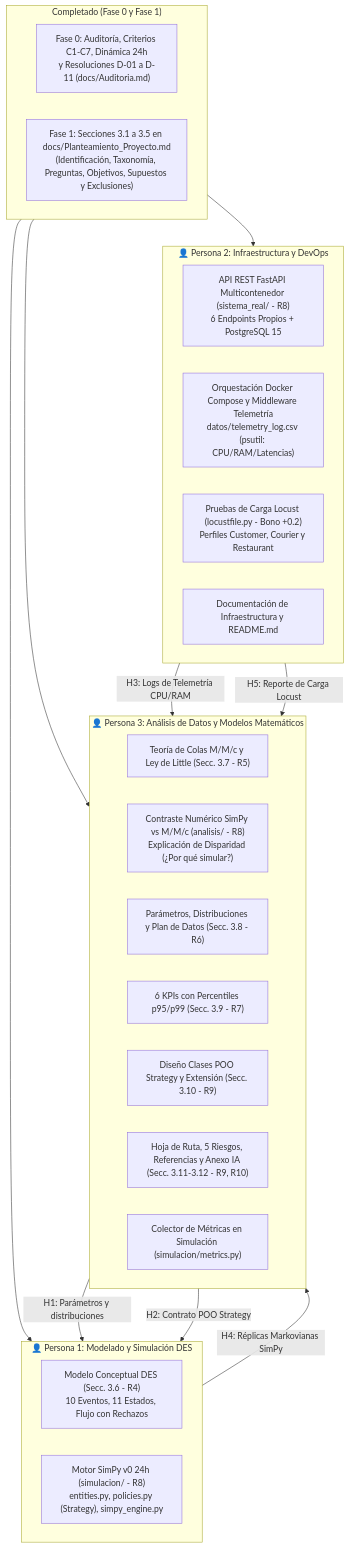
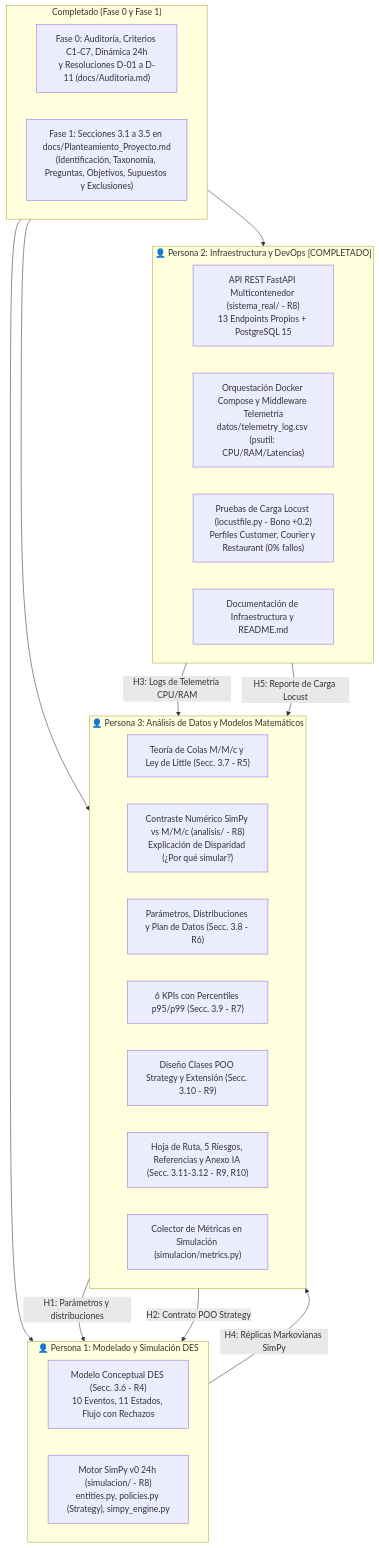
One commit to Juancho432/quickdelivery-sim changed the diagram in docs/Asignaciones_Equipo_E1.md. Above: the diagram before and after it, drawn with Mermaid. The commit also changed other lines of this file and 8 other files, not shown here.

````diff
--- a/docs/Asignaciones_Equipo_E1.md
+++ b/docs/Asignaciones_Equipo_E1.md
@@ -16,39 +16,39 @@
 ```mermaid
 flowchart TD
     subgraph COMPLETADO["Completado (Fase 0 y Fase 1)"]
         F0["Fase 0: Auditoría, Criterios C1-C7, Dinámica 24h\ny Resoluciones D-01 a D-11 (docs/Auditoria.md)"]
         F1["Fase 1: Secciones 3.1 a 3.5 en docs/Planteamiento_Proyecto.md\n(Identificación, Taxonomía, Preguntas, Objetivos, Supuestos y Exclusiones)"]
     end
 
     subgraph P1["👤 Persona 1: Modelado y Simulación DES"]
         M1["Modelo Conceptual DES (Secc. 3.6 - R4)\n10 Eventos, 11 Estados, Flujo con Rechazos"]
         M2["Motor SimPy v0 24h (simulacion/ - R8)\nentities.py, policies.py (Strategy), simpy_engine.py"]
     end
 
-    subgraph P2["👤 Persona 2: Infraestructura y DevOps"]
-        I1["API REST FastAPI Multicontenedor (sistema_real/ - R8)\n6 Endpoints Propios + PostgreSQL 15"]
+    subgraph P2["👤 Persona 2: Infraestructura y DevOps [COMPLETADO]"]
+        I1["API REST FastAPI Multicontenedor (sistema_real/ - R8)\n13 Endpoints Propios + PostgreSQL 15"]
         I2["Orquestación Docker Compose y Middleware Telemetría\ndatos/telemetry_log.csv (psutil: CPU/RAM/Latencias)"]
-        I3["Pruebas de Carga Locust (locustfile.py - Bono +0.2)\nPerfiles Customer, Courier y Restaurant"]
+        I3["Pruebas de Carga Locust (locustfile.py - Bono +0.2)\nPerfiles Customer, Courier y Restaurant (0% fallos)"]
         I4["Documentación de Infraestructura y README.md"]
     end
 
     subgraph P3["👤 Persona 3: Análisis de Datos y Modelos Matemáticos"]
         D1["Teoría de Colas M/M/c y Ley de Little (Secc. 3.7 - R5)"]
         D2["Contraste Numérico SimPy vs M/M/c (analisis/ - R8)\nExplicación de Disparidad (¿Por qué simular?)"]
         D3["Parámetros, Distribuciones y Plan de Datos (Secc. 3.8 - R6)"]
         D4["6 KPIs con Percentiles p95/p99 (Secc. 3.9 - R7)"]
         D5["Diseño Clases POO Strategy y Extensión (Secc. 3.10 - R9)"]
         D6["Hoja de Ruta, 5 Riesgos, Referencias y Anexo IA (Secc. 3.11-3.12 - R9, R10)"]
         D7["Colector de Métricas en Simulación (simulacion/metrics.py)"]
     end
 
     COMPLETADO --> P1
     COMPLETADO --> P2
     COMPLETADO --> P3
 
     P3 -->|H1: Parámetros y distribuciones| P1
     P3 -->|H2: Contrato POO Strategy| P1
     P1 -->|H4: Réplicas Markovianas SimPy| P3
     P2 -->|H3: Logs de Telemetría CPU/RAM| P3
     P2 -->|H5: Reporte de Carga Locust| P3
 ```
````
